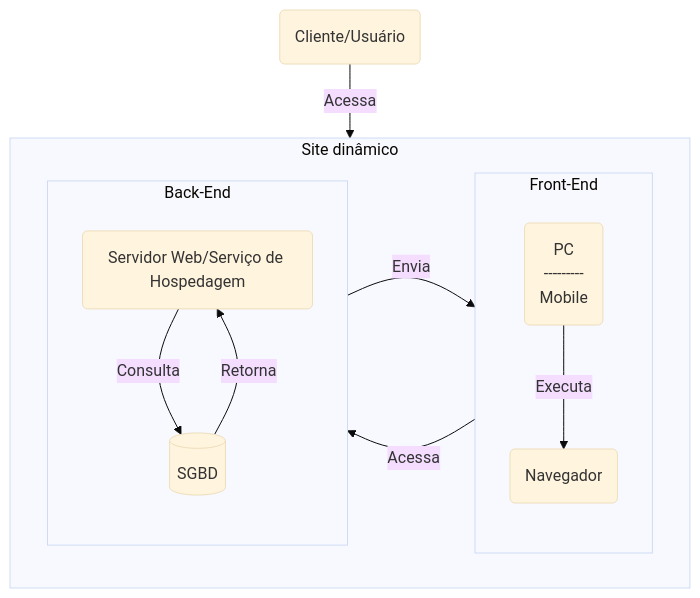
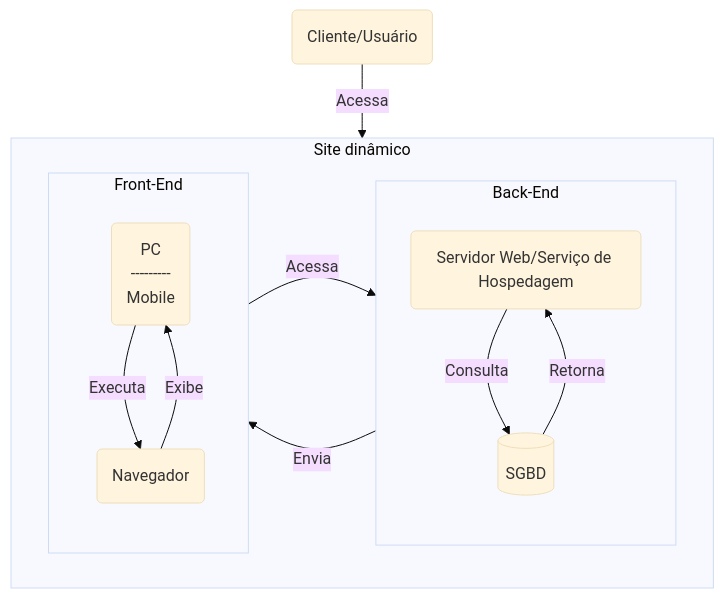
One commit to dev-alexmachado/guia_rapido_aplicacoes_web changed the second of 2 diagrams in README.md. Above: the diagram before and after it, drawn with Mermaid (base theme).

Commit message:
Fixed: diagrama site dinâmico

```diff
--- a/README.md
+++ b/README.md
@@ -64,23 +64,27 @@
 ~~~mermaid
 graph TD
     A(Cliente/Usuário) -- Acessa --> Sistema
 
     subgraph Sistema [Site dinâmico]
         direction LR
 
-        subgraph Front-End
-            direction TD
-            B(PC<br>---------<br>Mobile) -- Executa --> C(Navegador)
-        end
-
-        Front-End -- Acessa --> Back-End
-        Back-End -- Envia --> Front-End
-
         subgraph Back-End
             direction TD
             D(Servidor Web/Serviço de Hospedagem) -- Consulta --> E[(SGBD)]
 
             E -- Retorna --> D
         end
+
+        Back-End -- Envia --> Front-End
+        Front-End -- Acessa --> Back-End
+
+        subgraph Front-End
+            direction TD
+            B(PC<br>---------<br>Mobile) -- Executa --> C(Navegador)
+
+            C -- Exibe --> B
+        end
+
+        
     end
 ~~~
```
